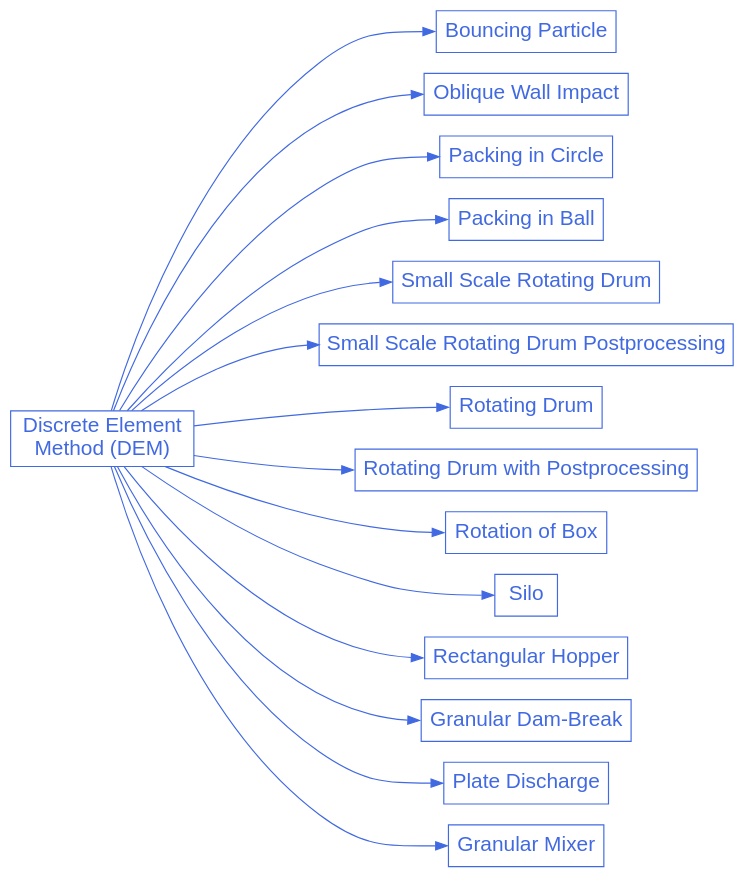
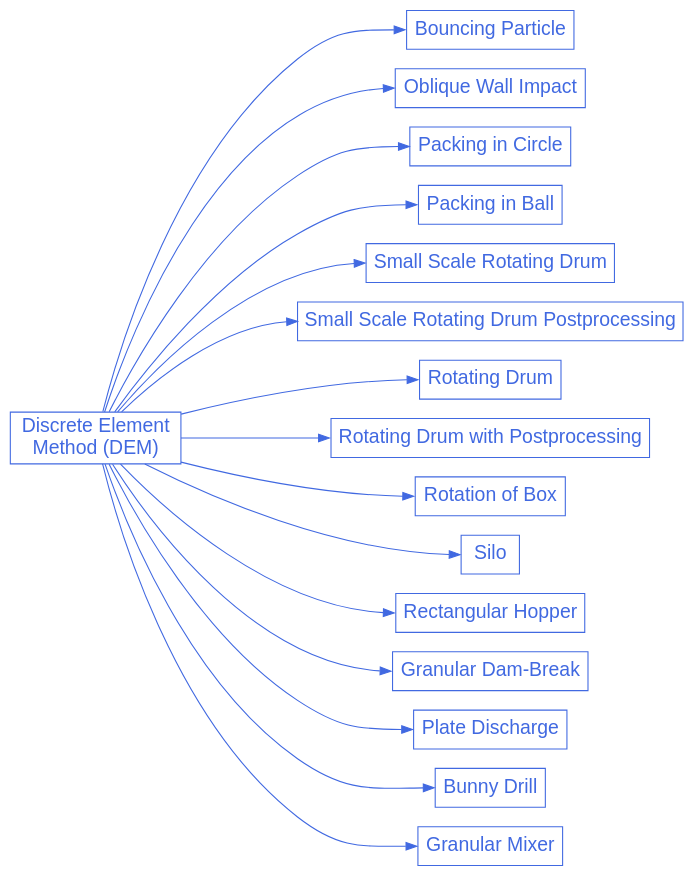
The diagram in doc/source/examples/dem/dem.rst (chaos-polymtl/lethe), drawn with Graphviz before and after one commit. The commit also changed other lines of this file, not shown here.

Commit message:
Remove the relative links

```diff
--- a/doc/source/examples/dem/dem.rst
+++ b/doc/source/examples/dem/dem.rst
@@ -28,58 +27,59 @@
 .. graphviz:: 
 
     digraph dem_diagram {
       graph [bgcolor="transparent", align=true, ranksep=1.5];
       node [fontname=Arial, fontsize=18, shape=box, fontcolor=royalblue, color=royalblue];
       edge [color=royalblue];
       rankdir="LR";
       size = "9,9";
       
       dem [label="Discrete Element \nMethod (DEM)", href="https://chaos-polymtl.github.io/lethe/documentation/examples/dem/dem.html"];
 
-      dem_1 [label="Bouncing Particle", href="./bouncing-particle/bouncing-particle.html"];
+      dem_1 [label="Bouncing Particle", href="https://chaos-polymtl.github.io/lethe/documentation/examples/dem/bouncing-particle/bouncing-particle.html"];
 
-      dem_2 [label="Oblique Wall Impact", href="./oblique-wall-impact/oblique-wall-impact.html"];
+      dem_2 [label="Oblique Wall Impact", href="https://chaos-polymtl.github.io/lethe/documentation/examples/dem/oblique-wall-impact/oblique-wall-impact.html"];
 
-      dem_3 [label="Packing in Circle", href="./packing-in-circle/packing-in-circle.html"];
+      dem_3 [label="Packing in Circle", href="https://chaos-polymtl.github.io/lethe/documentation/examples/dem/packing-in-circle/packing-in-circle.html"];
 
-      dem_4 [label="Packing in Ball", href="./packing-in-ball/packing-in-ball.html"];
+      dem_4 [label="Packing in Ball", href="https://chaos-polymtl.github.io/lethe/documentation/examples/dem/packing-in-ball/packing-in-ball.html"];
 
-      dem_5 [label="Small Scale Rotating Drum", href="./small-scale-rotating-drum/small-scale-rotating-drum.html"];
+      dem_5 [label="Small Scale Rotating Drum", href="https://chaos-polymtl.github.io/lethe/documentation/examples/dem/small-scale-rotating-drum/small-scale-rotating-drum.html"];
     
-      dem_6 [label="Small Scale Rotating Drum Postprocessing", href="./small-scale-rotating-drum-postprocessing/small-scale-rotating-drum-postprocessing.html"];
+      dem_6 [label="Small Scale Rotating Drum Postprocessing", href="https://chaos-polymtl.github.io/lethe/documentation/examples/dem/small-scale-rotating-drum-postprocessing/small-scale-rotating-drum-postprocessing.html"];
 
-      dem_7 [label="Rotating Drum", href="./rotating-drum/rotating-drum.html"];
+      dem_7 [label="Rotating Drum", href="https://chaos-polymtl.github.io/lethe/documentation/examples/dem/rotating-drum/rotating-drum.html"];
 
-      dem_8 [label="Rotating Drum with Postprocessing", href="./rotating-drum-with-postprocessing/rotating-drum-with-postprocessing.html"];
+      dem_8 [label="Rotating Drum with Postprocessing", href="https://chaos-polymtl.github.io/lethe/documentation/examples/dem/rotating-drum-with-postprocessing/rotating-drum-with-postprocessing.html"];
 
-      dem_9 [label="Rotation of Box", href="./rotation-of-box/rotation-of-box.html"];
+      dem_9 [label="Rotation of Box", href="https://chaos-polymtl.github.io/lethe/documentation/examples/dem/rotation-of-box/rotation-of-box.html"];
 
-      dem_10 [label="Silo", href="./silo/silo.html"];
+      dem_10 [label="Silo", href="https://chaos-polymtl.github.io/lethe/documentation/examples/dem/silo/silo.html"]; 
 
-      dem_11 [label="Rectangular Hopper", href="./rectangular-hopper/rectangular-hopper.html"];
+      dem_11 [label="Rectangular Hopper", href="https://chaos-polymtl.github.io/lethe/documentation/examples/dem/rectangular-hopper/rectangular-hopper.html"];
 
-      dem_12 [label="Granular Dam-Break", href="./granular-dam-break/granular-dam-break.html"];
+      dem_12 [label="Granular Dam-Break", href="https://chaos-polymtl.github.io/lethe/documentation/examples/dem/granular-dam-break/granular-dam-break.html"];
 
-      dem_13 [label="Plate Discharge", href="./plate-discharge/plate-discharge.html"];
+      dem_13 [label="Plate Discharge", href="https://chaos-polymtl.github.io/lethe/documentation/examples/dem/plate-discharge/plate-discharge.html"];
 
-      dem_14 [label="Bunny Drill", href="./bunny-drill/bunny-drill.html"];
+      dem_14 [label="Bunny Drill", href="https://chaos-polymtl.github.io/lethe/documentation/examples/dem/bunny-drill/bunny-drill.html"];
 
-      dem_14 [label="Granular Mixer", href="./granular-mixer/granular-mixer.html"];
+      dem_15 [label="Granular Mixer", href="https://chaos-polymtl.github.io/lethe/documentation/examples/dem/granular-mixer/granular-mixer.html"];
 
       
 
       dem -> dem_1:w;
       dem -> dem_2:w;
       dem -> dem_3:w;
       dem -> dem_4:w;
       dem -> dem_5:w;
       dem -> dem_6:w;
       dem -> dem_7:w;
       dem -> dem_8:w;
       dem -> dem_9:w;
       dem -> dem_10:w;
       dem -> dem_11:w;
       dem -> dem_12:w;
       dem -> dem_13:w;
       dem -> dem_14:w;
+      dem -> dem_15:w;
     }
```
